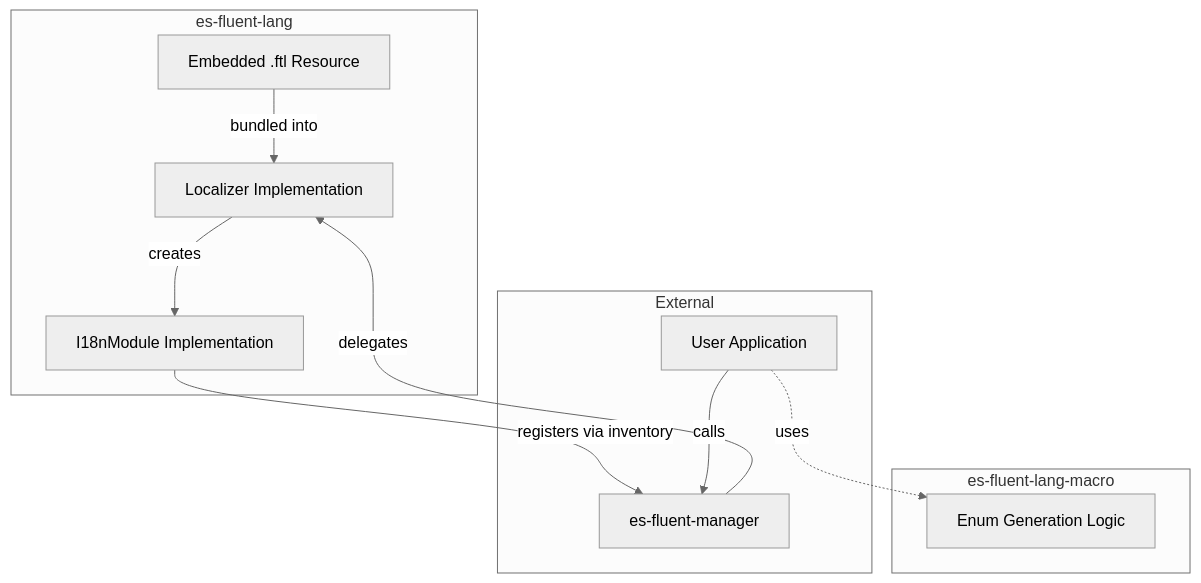
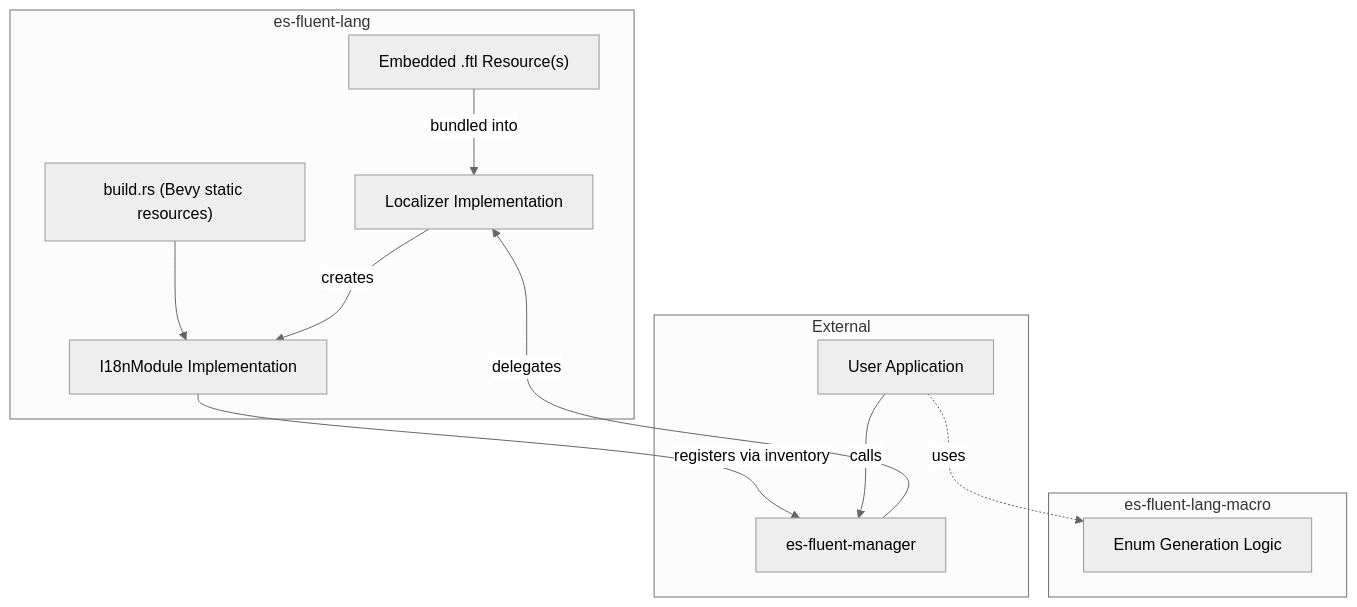
Before and after one commit to stayhydated/es-fluent: the diagram in crates/es-fluent-lang/docs/ARCHITECTURE.md, drawn with Mermaid (neutral theme). The commit also changed other lines of this file and 5 other files, not shown here.

````diff
--- a/crates/es-fluent-lang/docs/ARCHITECTURE.md
+++ b/crates/es-fluent-lang/docs/ARCHITECTURE.md
@@ -15,24 +15,26 @@
 ```mermaid
 flowchart TD
     subgraph CRATE["es-fluent-lang"]
-        RES["Embedded .ftl Resource"]
+        RES["Embedded .ftl Resource(s)"]
         LOC["Localizer Implementation"]
         MOD["I18nModule Implementation"]
+        BUILD["build.rs (Bevy static resources)"]
     end
 
     subgraph MACRO["es-fluent-lang-macro"]
         GEN["Enum Generation Logic"]
     end
 
     subgraph EXT["External"]
         MGR["es-fluent-manager"]
         APP["User Application"]
     end
 
     RES -->|bundled into| LOC
+    BUILD --> MOD
     LOC -->|creates| MOD
     MOD -->|registers via inventory| MGR
     APP -->|calls| MGR
     MGR -->|delegates| LOC
     APP -.->|uses| GEN
 ```
````
